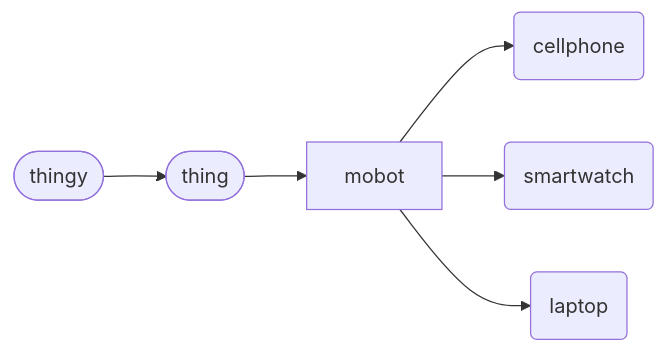
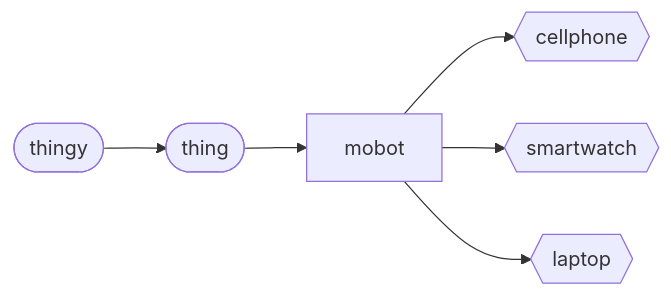
Before and after one commit to roboticist-tav/diego_documentation: the diagram in docs/physic/obj/mobot.md, drawn with Mermaid. The commit also changed 452 other files, not shown here.

````diff
--- a/docs/physic/obj/mobot.md
+++ b/docs/physic/obj/mobot.md
@@ -5,8 +5,8 @@
 ```mermaid
     flowchart LR
     thingy([thingy]) --> thing([thing])
     thing --> mobot
-    mobot --> cellphone(cellphone)
-    mobot --> watch(smartwatch)
-    mobot --> laptop(laptop)
+    mobot --> cellphone{{cellphone}}
+    mobot --> watch{{smartwatch}}
+    mobot --> laptop{{laptop}}
 ```
````
